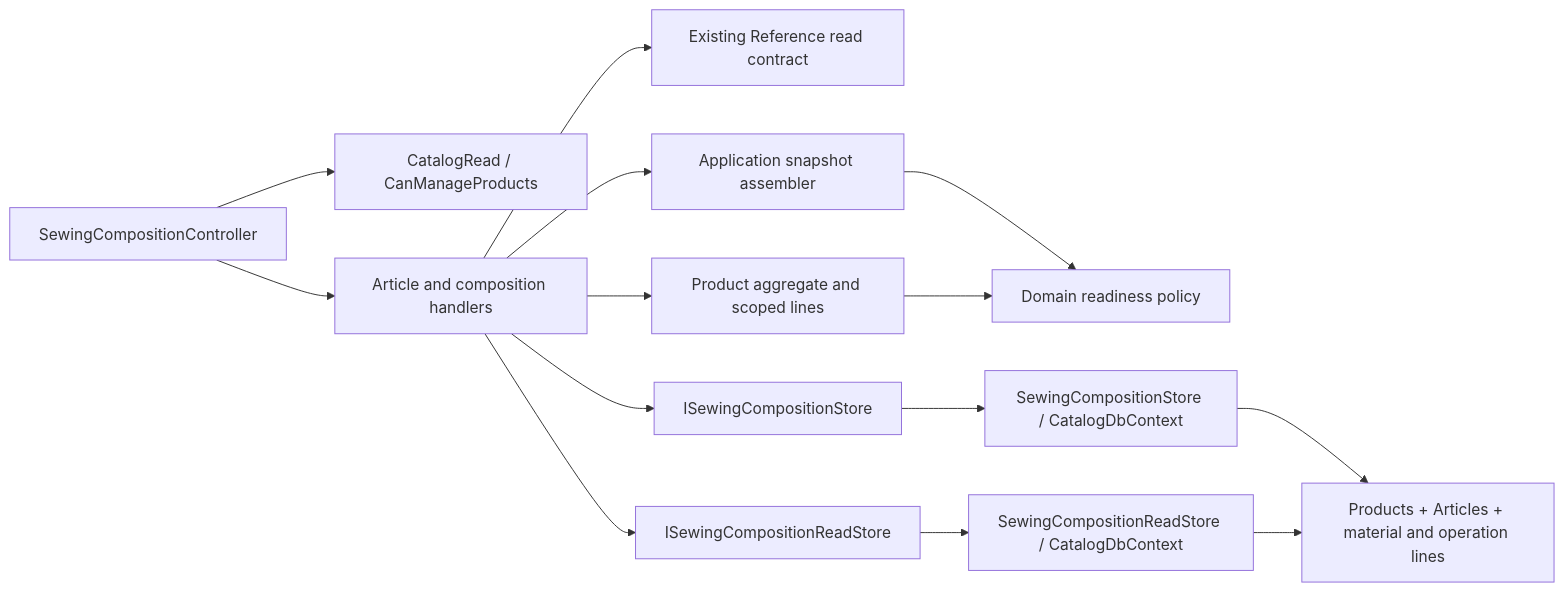
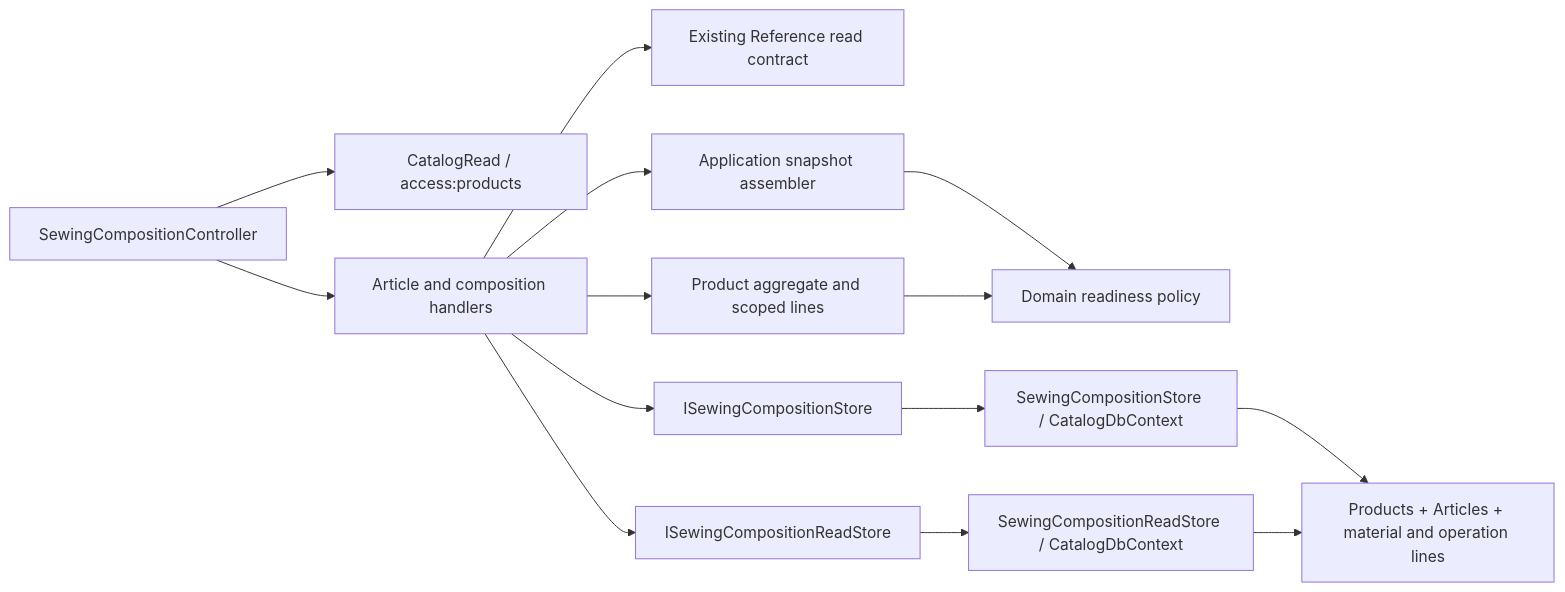
Before and after one commit to Weretik/BreviERP: the diagram in docs/sdd/features/catalog/sewing-composition.md, drawn with Mermaid. The commit also changed 163 other files, not shown here.

````diff
--- a/docs/sdd/features/catalog/sewing-composition.md
+++ b/docs/sdd/features/catalog/sewing-composition.md
@@ -44,16 +44,16 @@
 ```mermaid
 flowchart LR
-    API[SewingCompositionController] --> Policies[CatalogRead / CanManageProducts]
+    API[SewingCompositionController] --> Policies[CatalogRead / access:products]
     API --> Handlers[Article and composition handlers]
     Handlers --> Reference[Existing Reference read contract]
     Handlers --> Product[Product aggregate and scoped lines]
     Handlers --> WriteStore[ISewingCompositionStore]
     Handlers --> ReadStore[ISewingCompositionReadStore]
     Handlers --> Assembler[Application snapshot assembler]
     Assembler --> Readiness[Domain readiness policy]
     Product --> Readiness
     WriteStore --> EF[SewingCompositionStore / CatalogDbContext]
     ReadStore --> ReadEF[SewingCompositionReadStore / CatalogDbContext]
     EF --> DB[Products + Articles + material and operation lines]
     ReadEF --> DB
 ```
````
